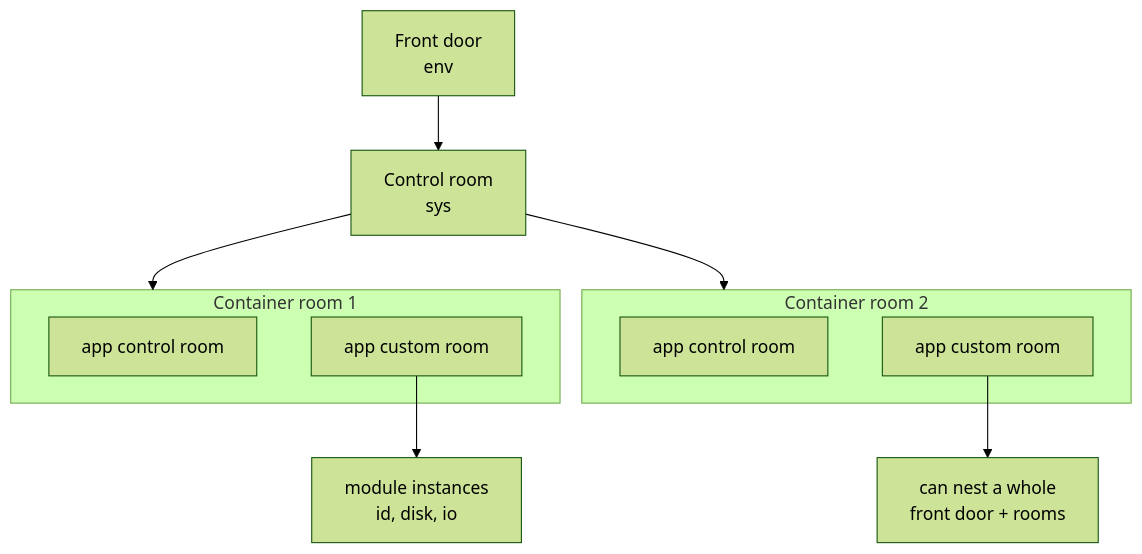
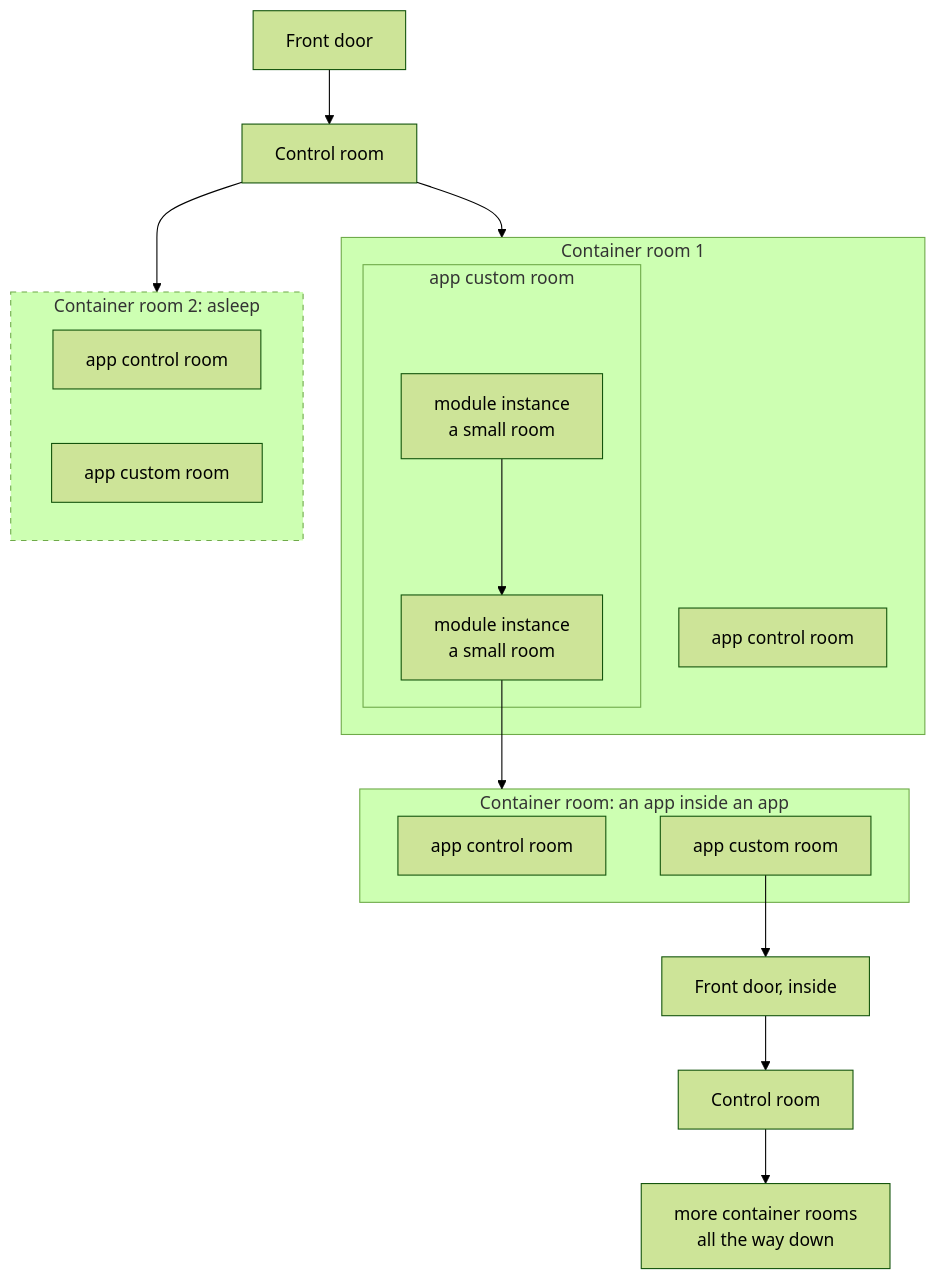
One commit to playproject-io/datashell changed the second of 4 diagrams in PROPOSAL.md. Above: the diagram before and after it, drawn with Mermaid (forest theme). The commit also changed other lines of this file, not shown here.

Commit message:
docs: rooms are recursive all the way down (nested front doors, embedded apps, hibernation), with a window manager example

````diff
--- a/PROPOSAL.md
+++ b/PROPOSAL.md
@@ -676,16 +696,23 @@
 ```mermaid
 flowchart TD
-  ENV["Front door<br/>env"] --> SYS["Control room<br/>sys"]
-  SYS --> C1
-  SYS --> C2
+  FD["Front door"] --> CR["Control room"]
+  CR --> C1
+  CR --> C2
   subgraph C1["Container room 1"]
     AC1["app control room"]
-    AU1["app custom room"]
+    subgraph AU1["app custom room"]
+      M1["module instance<br/>a small room"] --> M2["module instance<br/>a small room"]
+    end
   end
-  subgraph C2["Container room 2"]
+  subgraph C2["Container room 2: asleep"]
     AC2["app control room"]
     AU2["app custom room"]
   end
-  AU1 --> M1["module instances<br/>id, disk, io"]
-  AU2 --> X["can nest a whole<br/>front door + rooms"]
+  M2 --> C3
+  subgraph C3["Container room: an app inside an app"]
+    AC3["app control room"]
+    AU3["app custom room"]
+  end
+  AU3 --> FD2["Front door, inside"] --> CR2["Control room"] --> MORE["more container rooms<br/>all the way down"]
+  style C2 stroke-dasharray: 5 5
 ```
````
